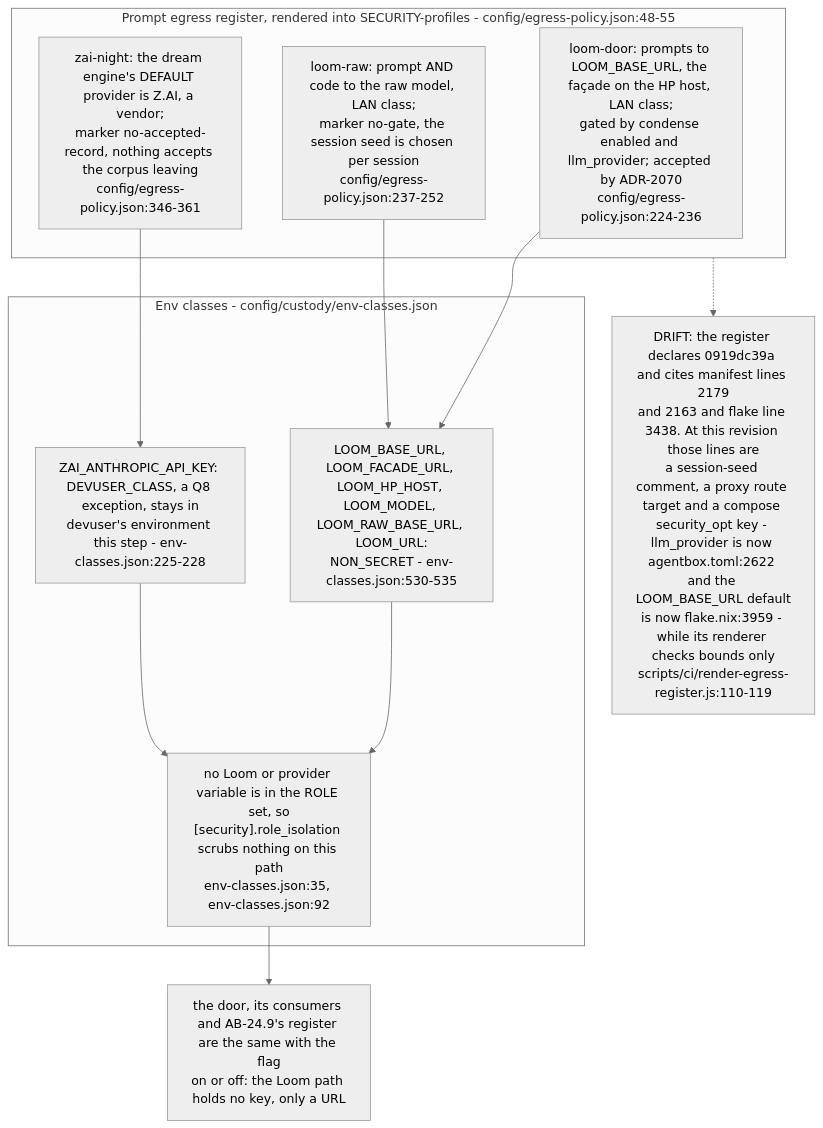
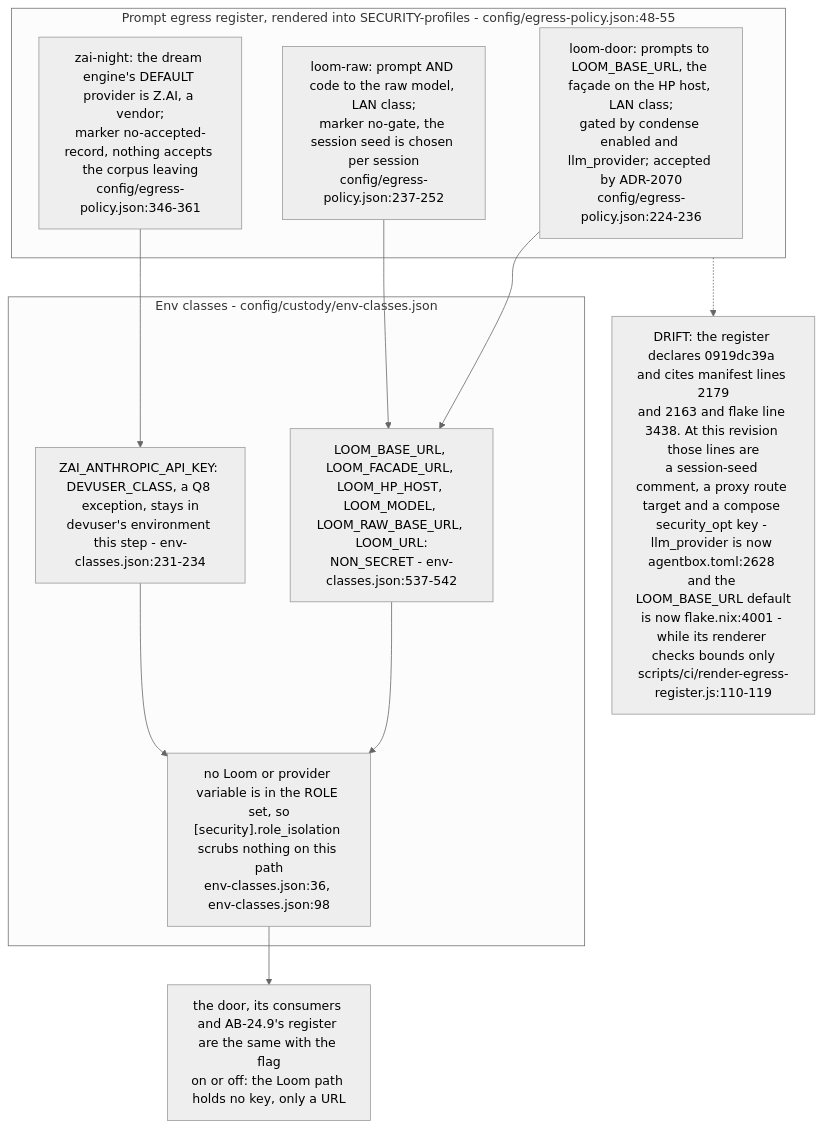
Before and after one commit to DreamLab-AI/VisionFlow: diagram 13 of 14 in docs/diagrams/agentbox/24-loom-facade.md, drawn with Mermaid (neutral theme). The commit also changed other lines of this file and 36 other files, not shown here.

First line of the commit message:
docs(diagrams): re-derive and re-stamp agentbox, dream-engine, visioncraft, visiontouch and vowl topics; drop LAN addresses

````diff
--- a/docs/diagrams/agentbox/24-loom-facade.md
+++ b/docs/diagrams/agentbox/24-loom-facade.md
@@ -500,20 +500,20 @@
 ```mermaid
 flowchart TB
     subgraph reg["Prompt egress register, rendered into SECURITY-profiles - config/egress-policy.json:48-55"]
         R1["loom-door: prompts to LOOM_BASE_URL, the façade on the HP host, LAN class;<br/>gated by condense enabled and llm_provider; accepted by ADR-2070<br/>config/egress-policy.json:224-236"]
         R2["loom-raw: prompt AND code to the raw model, LAN class;<br/>marker no-gate, the session seed is chosen per session<br/>config/egress-policy.json:237-252"]
         R3["zai-night: the dream engine's DEFAULT provider is Z.AI, a vendor;<br/>marker no-accepted-record, nothing accepts the corpus leaving<br/>config/egress-policy.json:346-361"]
     end
     subgraph cls["Env classes - config/custody/env-classes.json"]
-        C1["LOOM_BASE_URL, LOOM_FACADE_URL, LOOM_HP_HOST, LOOM_MODEL, LOOM_RAW_BASE_URL, LOOM_URL:<br/>NON_SECRET - env-classes.json:530-535"]
-        C2["ZAI_ANTHROPIC_API_KEY: DEVUSER_CLASS, a Q8 exception, stays in<br/>devuser's environment this step - env-classes.json:225-228"]
-        C3["no Loom or provider variable is in the ROLE set, so<br/>[security].role_isolation scrubs nothing on this path<br/>env-classes.json:35, env-classes.json:92"]
+        C1["LOOM_BASE_URL, LOOM_FACADE_URL, LOOM_HP_HOST, LOOM_MODEL, LOOM_RAW_BASE_URL, LOOM_URL:<br/>NON_SECRET - env-classes.json:537-542"]
+        C2["ZAI_ANTHROPIC_API_KEY: DEVUSER_CLASS, a Q8 exception, stays in<br/>devuser's environment this step - env-classes.json:231-234"]
+        C3["no Loom or provider variable is in the ROLE set, so<br/>[security].role_isolation scrubs nothing on this path<br/>env-classes.json:36, env-classes.json:98"]
     end
     R1 --> C1
     R2 --> C1
     R3 --> C2
     C1 --> C3
     C2 --> C3
     C3 --> SAME["the door, its consumers and AB-24.9's register are the same with the flag<br/>on or off: the Loom path holds no key, only a URL"]
-    reg -.-> DR["DRIFT: the register declares 0919dc39a and cites manifest lines 2179<br/>and 2163 and flake line 3438. At this revision those lines are<br/>a session-seed comment, a proxy route target and a compose security_opt key - llm_provider is now agentbox.toml:2622 and the LOOM_BASE_URL default<br/>is now flake.nix:3959 - while its renderer checks bounds only<br/>scripts/ci/render-egress-register.js:110-119"]
+    reg -.-> DR["DRIFT: the register declares 0919dc39a and cites manifest lines 2179<br/>and 2163 and flake line 3438. At this revision those lines are<br/>a session-seed comment, a proxy route target and a compose security_opt key - llm_provider is now agentbox.toml:2628 and the LOOM_BASE_URL default<br/>is now flake.nix:4001 - while its renderer checks bounds only<br/>scripts/ci/render-egress-register.js:110-119"]
 ```
````
